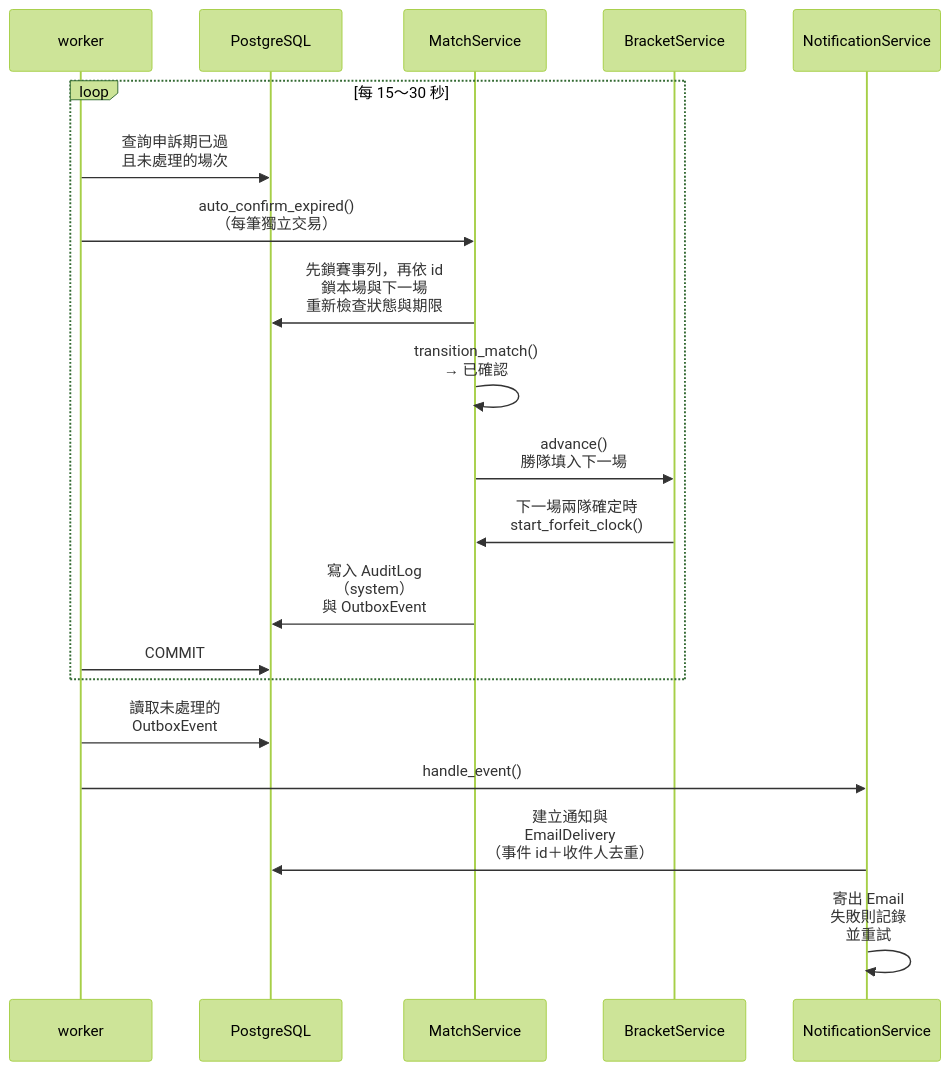
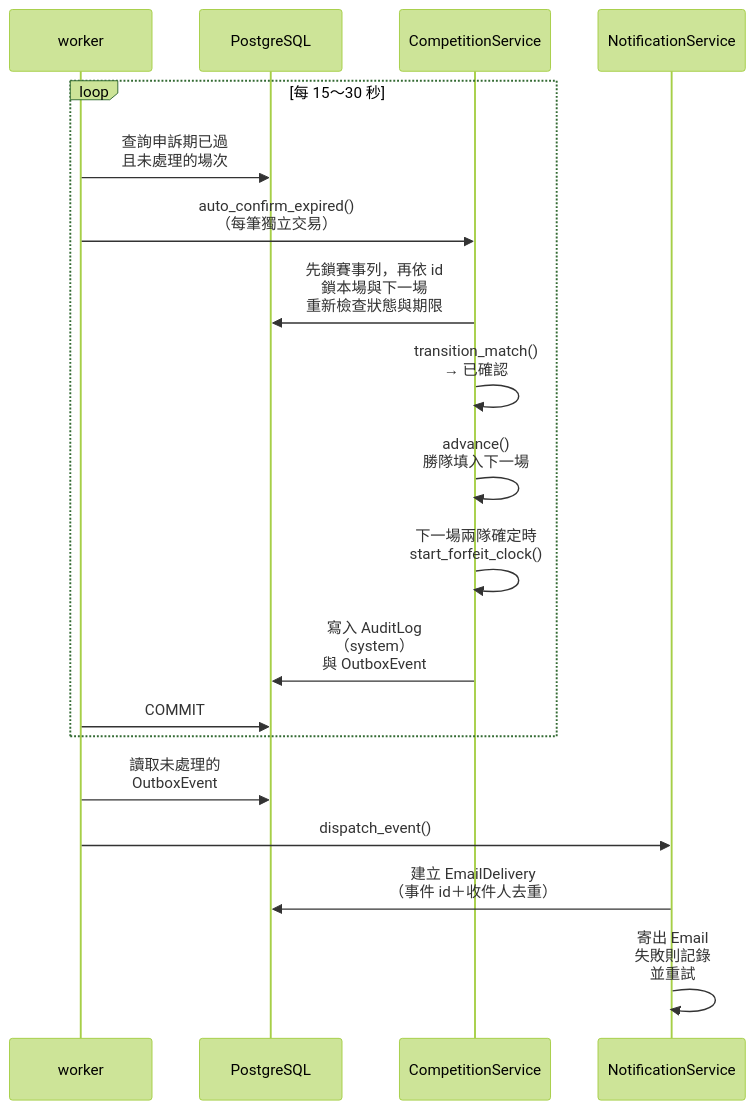
One commit to Team14good/esport-platform changed the fifth of 6 diagrams in docs/midterm/C-軟體設計文件.md. Above: the diagram before and after it, drawn with Mermaid (forest theme). The commit also changed other lines of this file and 14 other files, not shown here.

````diff
--- a/docs/midterm/C-軟體設計文件.md
+++ b/docs/midterm/C-軟體設計文件.md
@@ -246,22 +253,21 @@
 ```mermaid
 sequenceDiagram
   participant W as worker
   participant DB as PostgreSQL
-  participant M as MatchService
-  participant B as BracketService
+  participant C as CompetitionService
   participant N as NotificationService
   loop 每 15～30 秒
     W->>DB: 查詢申訴期已過<br/>且未處理的場次
-    W->>M: auto_confirm_expired()<br/>（每筆獨立交易）
-    M->>DB: 先鎖賽事列，再依 id<br/>鎖本場與下一場<br/>重新檢查狀態與期限
-    M->>M: transition_match()<br/>→ 已確認
-    M->>B: advance()<br/>勝隊填入下一場
-    B->>M: 下一場兩隊確定時<br/>start_forfeit_clock()
-    M->>DB: 寫入 AuditLog<br/>（system）<br/>與 OutboxEvent
+    W->>C: auto_confirm_expired()<br/>（每筆獨立交易）
+    C->>DB: 先鎖賽事列，再依 id<br/>鎖本場與下一場<br/>重新檢查狀態與期限
+    C->>C: transition_match()<br/>→ 已確認
+    C->>C: advance()<br/>勝隊填入下一場
+    C->>C: 下一場兩隊確定時<br/>start_forfeit_clock()
+    C->>DB: 寫入 AuditLog<br/>（system）<br/>與 OutboxEvent
     W->>DB: COMMIT
   end
   W->>DB: 讀取未處理的<br/>OutboxEvent
-  W->>N: handle_event()
-  N->>DB: 建立通知與<br/>EmailDelivery<br/>（事件 id＋收件人去重）
+  W->>N: dispatch_event()
+  N->>DB: 建立 EmailDelivery<br/>（事件 id＋收件人去重）
   N->>N: 寄出 Email<br/>失敗則記錄<br/>並重試
 ```
````
